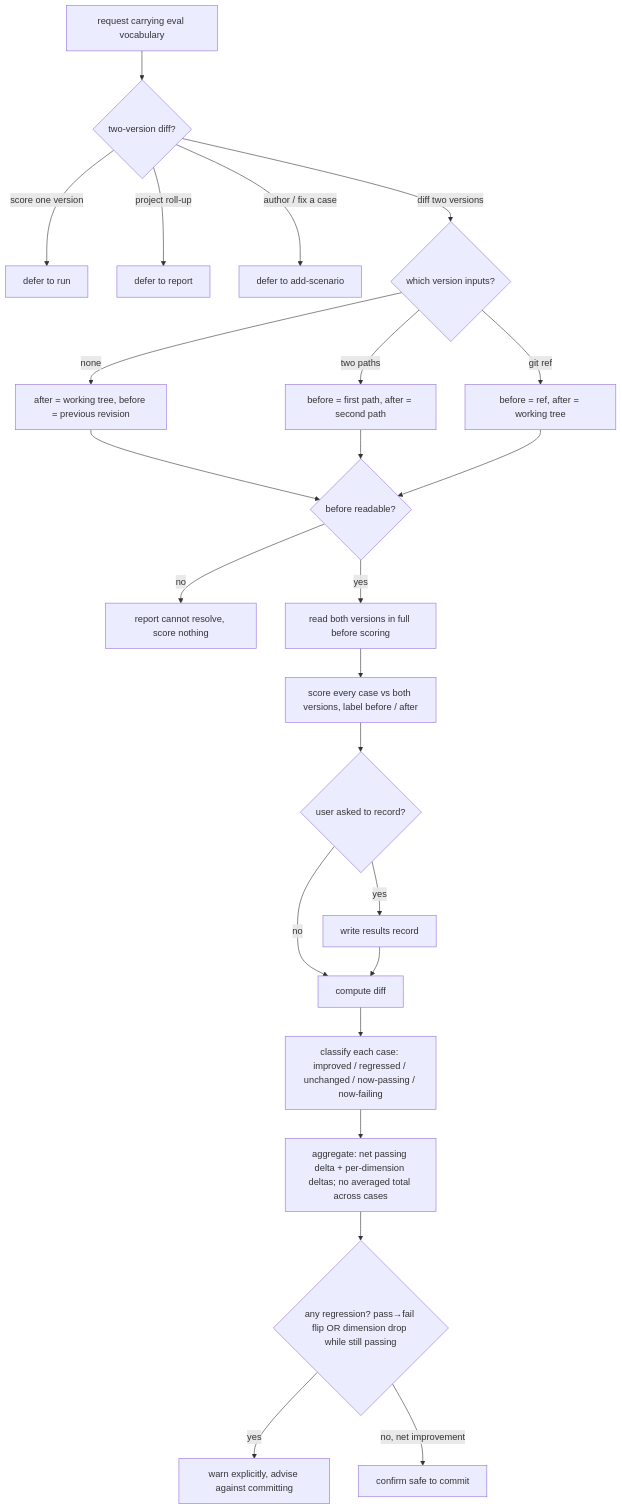
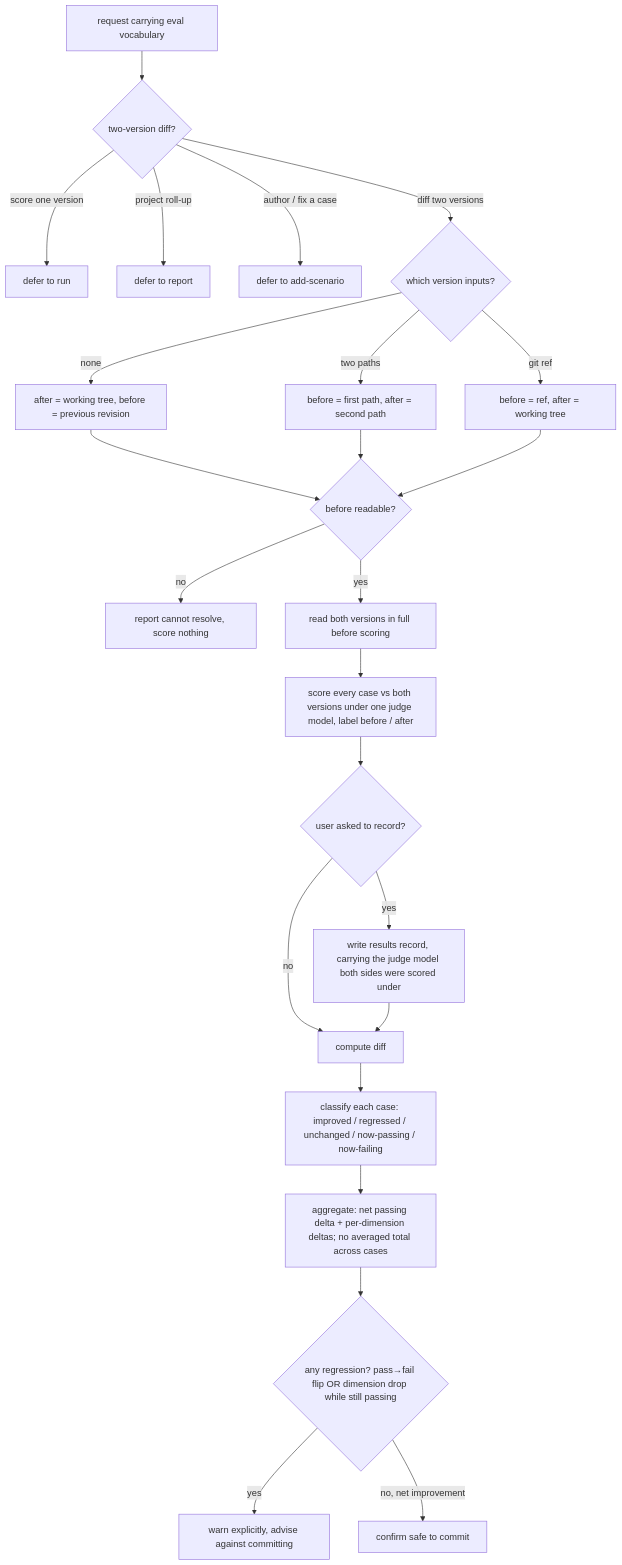
One commit to cyberuni/cyber-sdd changed the diagram in .agents/specs/aced/eval-run/compare/README.md. Above: the diagram before and after it, drawn with Mermaid. The commit also changed other lines of this file and 5 other files, not shown here.

````diff
--- a/.agents/specs/aced/eval-run/compare/README.md
+++ b/.agents/specs/aced/eval-run/compare/README.md
@@ -33,29 +34,29 @@
 ```mermaid
 flowchart TD
   req[request carrying eval vocabulary] --> route{two-version diff?}
   route -- score one version --> run[defer to run]
   route -- project roll-up --> report[defer to report]
   route -- author / fix a case --> addsc[defer to add-scenario]
   route -- diff two versions --> resolve{which version inputs?}
 
   resolve -- none --> def[after = working tree, before = previous revision]
   resolve -- two paths --> paths[before = first path, after = second path]
   resolve -- git ref --> ref[before = ref, after = working tree]
 
   def --> readable{before readable?}
   paths --> readable
   ref --> readable
   readable -- no --> abort[report cannot resolve, score nothing]
   readable -- yes --> full[read both versions in full before scoring]
 
-  full --> score[score every case vs both versions, label before / after]
+  full --> score[score every case vs both versions under one judge model, label before / after]
   score --> persist{user asked to record?}
   persist -- no --> diff[compute diff]
-  persist -- yes --> write[write results record] --> diff
+  persist -- yes --> write[write results record, carrying the judge model both sides were scored under] --> diff
 
   diff --> classify[classify each case: improved / regressed / unchanged / now-passing / now-failing]
   classify --> agg[aggregate: net passing delta + per-dimension deltas; no averaged total across cases]
   agg --> gate{any regression? pass→fail flip OR dimension drop while still passing}
   gate -- yes --> warn[warn explicitly, advise against committing]
   gate -- no, net improvement --> safe[confirm safe to commit]
 ```
````
